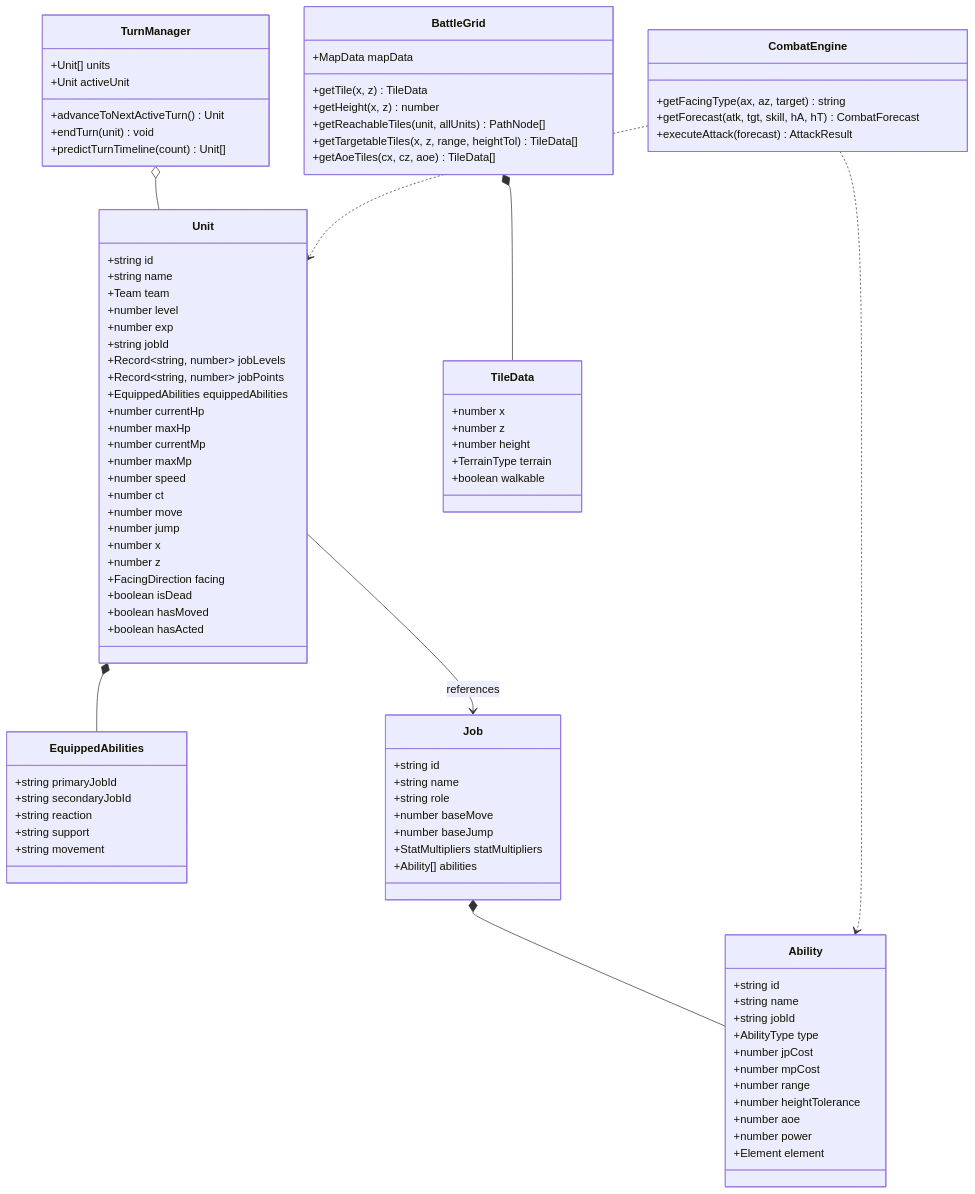
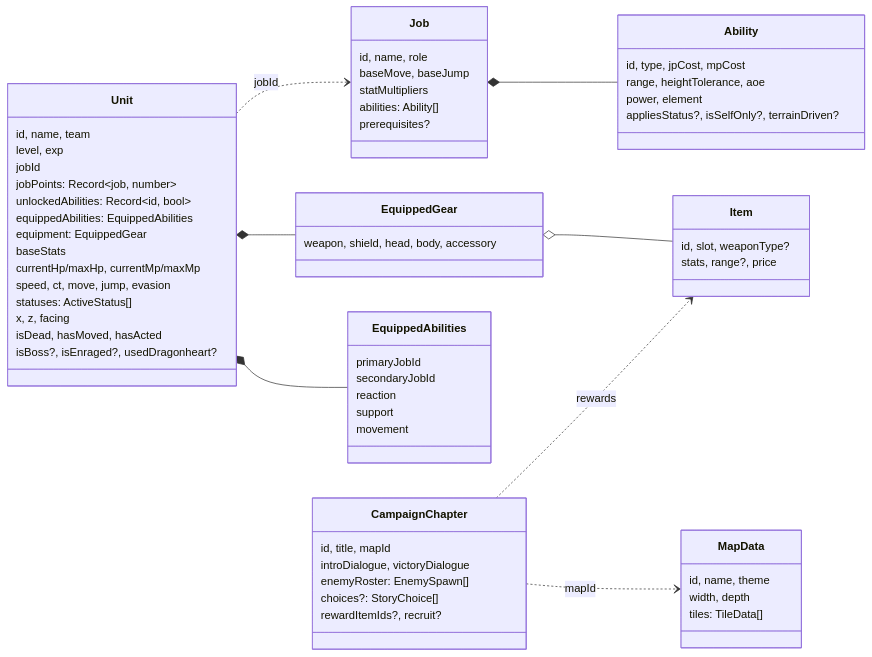
Before and after one commit to CptNope/Chess-RPG-Tactics: the sixth of 8 diagrams in docs/ARCHITECTURE.md, drawn with Mermaid. The commit also changed other lines of this file and 25 other files, not shown here.

First line of the commit message:
Docs overhaul (0.8.1): guides, roadmap, generated content reference

````diff
--- a/docs/ARCHITECTURE.md
+++ b/docs/ARCHITECTURE.md
@@ -91,99 +203,66 @@
 ```mermaid
 classDiagram
+    direction LR
     class Unit {
-        +string id
-        +string name
-        +Team team
-        +number level
-        +number exp
-        +string jobId
-        +Record~string, number~ jobLevels
-        +Record~string, number~ jobPoints
-        +EquippedAbilities equippedAbilities
-        +number currentHp
-        +number maxHp
-        +number currentMp
-        +number maxMp
-        +number speed
-        +number ct
-        +number move
-        +number jump
-        +number x
-        +number z
-        +FacingDirection facing
-        +boolean isDead
-        +boolean hasMoved
-        +boolean hasActed
+        id, name, team
+        level, exp
+        jobId
+        jobPoints: Record~job, number~
+        unlockedAbilities: Record~id, bool~
+        equippedAbilities: EquippedAbilities
+        equipment: EquippedGear
+        baseStats
+        currentHp/maxHp, currentMp/maxMp
+        speed, ct, move, jump, evasion
+        statuses: ActiveStatus[]
+        x, z, facing
+        isDead, hasMoved, hasActed
+        isBoss?, isEnraged?, usedDragonheart?
     }
-
     class EquippedAbilities {
-        +string primaryJobId
-        +string secondaryJobId
-        +string reaction
-        +string support
-        +string movement
+        primaryJobId
+        secondaryJobId
+        reaction
+        support
+        movement
     }
-
+    class EquippedGear {
+        weapon, shield, head, body, accessory
+    }
     class Job {
-        +string id
-        +string name
-        +string role
-        +number baseMove
-        +number baseJump
-        +StatMultipliers statMultipliers
-        +Ability[] abilities
+        id, name, role
+        baseMove, baseJump
+        statMultipliers
+        abilities: Ability[]
+        prerequisites?
     }
-
     class Ability {
-        +string id
-        +string name
-        +string jobId
-        +AbilityType type
-        +number jpCost
-        +number mpCost
-        +number range
-        +number heightTolerance
-        +number aoe
-        +number power
-        +Element element
+        id, type, jpCost, mpCost
+        range, heightTolerance, aoe
+        power, element
+        appliesStatus?, isSelfOnly?, terrainDriven?
     }
-
-    class TileData {
-        +number x
-        +number z
-        +number height
-        +TerrainType terrain
-        +boolean walkable
+    class Item {
+        id, slot, weaponType?
+        stats, range?, price
     }
-
-    class BattleGrid {
-        +MapData mapData
-        +getTile(x, z) TileData
-        +getHeight(x, z) number
-        +getReachableTiles(unit, allUnits) PathNode[]
-        +getTargetableTiles(x, z, range, heightTol) TileData[]
-        +getAoeTiles(cx, cz, aoe) TileData[]
+    class CampaignChapter {
+        id, title, mapId
+        introDialogue, victoryDialogue
+        enemyRoster: EnemySpawn[]
+        choices?: StoryChoice[]
+        rewardItemIds?, recruit?
     }
-
-    class TurnManager {
-        +Unit[] units
-        +Unit activeUnit
-        +advanceToNextActiveTurn() Unit
-        +endTurn(unit) void
-        +predictTurnTimeline(count) Unit[]
+    class MapData {
+        id, name, theme
+        width, depth
+        tiles: TileData[]
     }
-
-    class CombatEngine {
-        +getFacingType(ax, az, target) string
-        +getForecast(atk, tgt, skill, hA, hT) CombatForecast
-        +executeAttack(forecast) AttackResult
-    }
-
     Unit *-- EquippedAbilities
+    Unit *-- EquippedGear
+    EquippedGear o-- Item
+    Unit ..> Job : jobId
     Job *-- Ability
-    Unit --> Job : references
-    BattleGrid *-- TileData
-    TurnManager o-- Unit
-    CombatEngine ..> Unit
-    CombatEngine ..> Ability
+    CampaignChapter ..> MapData : mapId
+    CampaignChapter ..> Item : rewards
 ```
````
